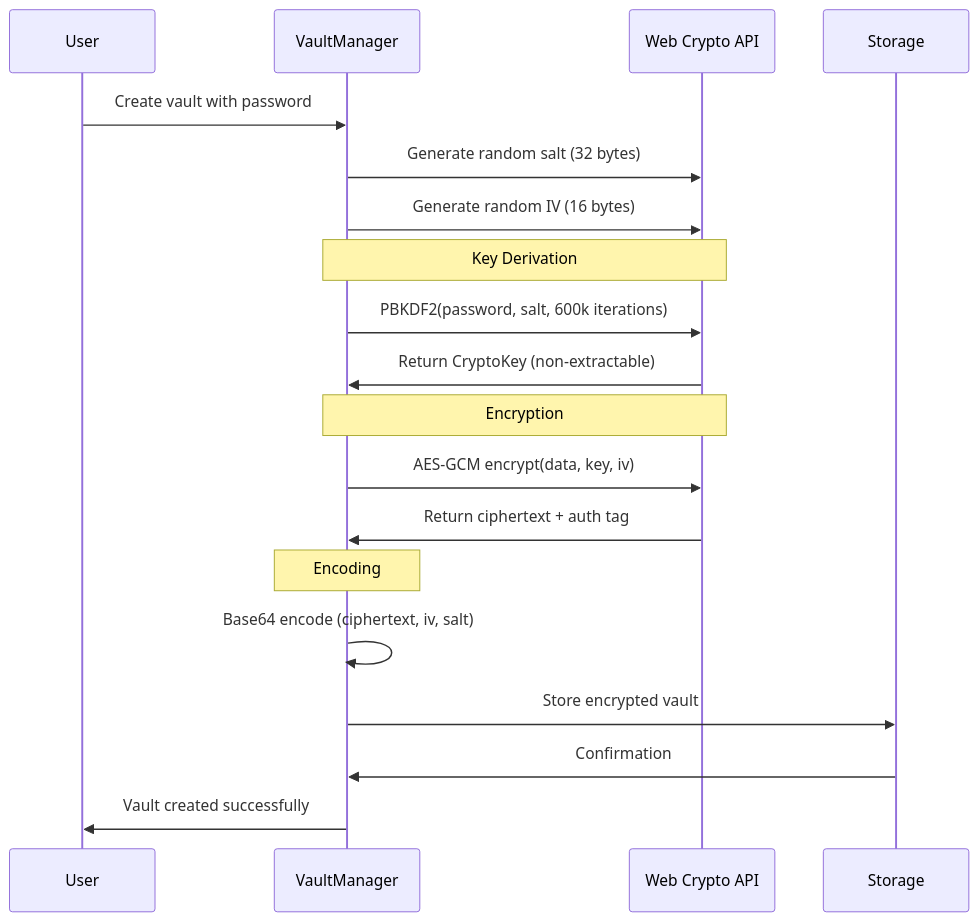
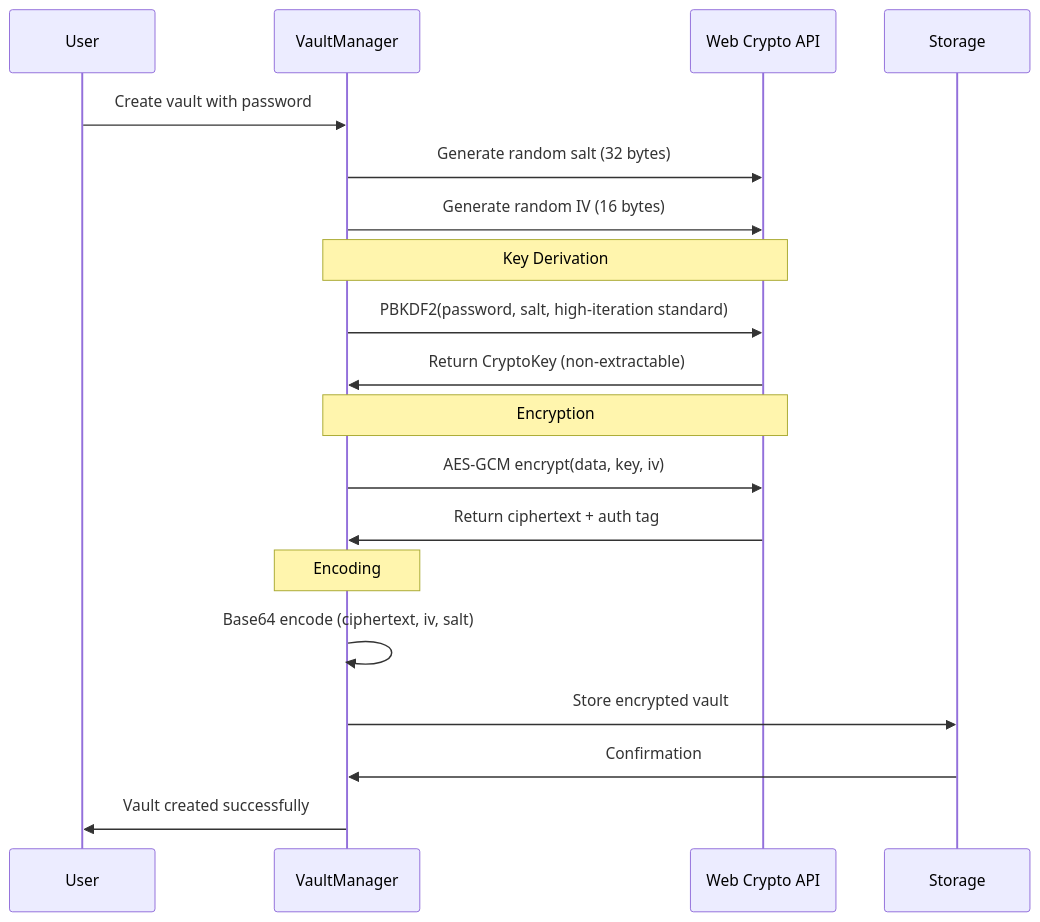
The second of 6 diagrams in doc-sources/SECURITY.md (SuperSafeWallet/SuperSafe-Docs), drawn with Mermaid before and after one commit. The commit also changed other lines of this file and 94 other files, not shown here.

````diff
--- a/doc-sources/SECURITY.md
+++ b/doc-sources/SECURITY.md
@@ -163,26 +168,26 @@
 ```mermaid
 sequenceDiagram
     participant U as User
     participant VM as VaultManager
     participant WC as Web Crypto API
     participant S as Storage
 
     U->>VM: Create vault with password
     VM->>WC: Generate random salt (32 bytes)
     VM->>WC: Generate random IV (16 bytes)
     
     Note over VM,WC: Key Derivation
-    VM->>WC: PBKDF2(password, salt, 600k iterations)
+    VM->>WC: PBKDF2(password, salt, high-iteration standard)
     WC->>VM: Return CryptoKey (non-extractable)
     
     Note over VM,WC: Encryption
     VM->>WC: AES-GCM encrypt(data, key, iv)
     WC->>VM: Return ciphertext + auth tag
     
     Note over VM: Encoding
     VM->>VM: Base64 encode (ciphertext, iv, salt)
     
     VM->>S: Store encrypted vault
     S->>VM: Confirmation
     VM->>U: Vault created successfully
 ```
````
